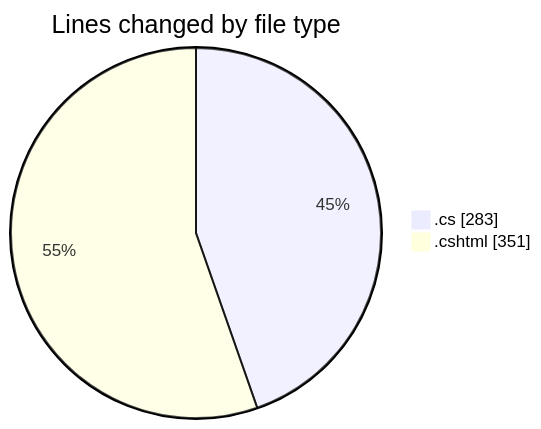
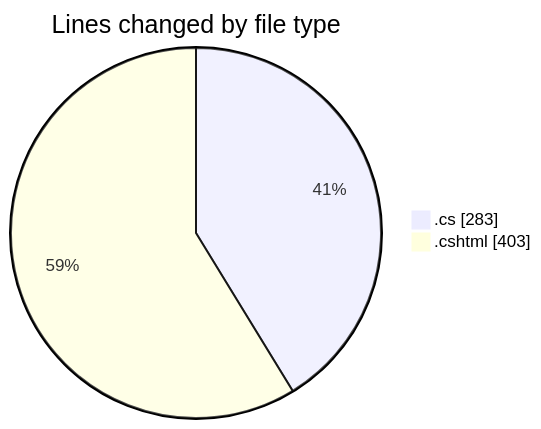
Before and after one commit to lephambinh05/code-tracking: the first of 2 diagrams in 2025-07-15/footballstatsapp/README.md, drawn with Mermaid. The commit also changed other lines of this file and 1 other file, not shown here.

````diff
--- a/2025-07-15/footballstatsapp/README.md
+++ b/2025-07-15/footballstatsapp/README.md
@@ -34,6 +38,6 @@
 ```mermaid
 pie showData
 title Lines changed by file type
 ".cs" : 283
-".cshtml" : 351
+".cshtml" : 403
 ```
````
